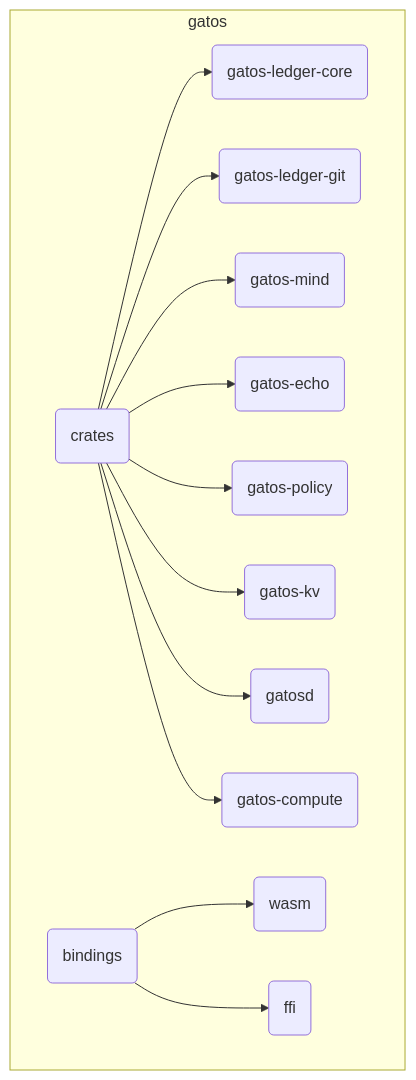
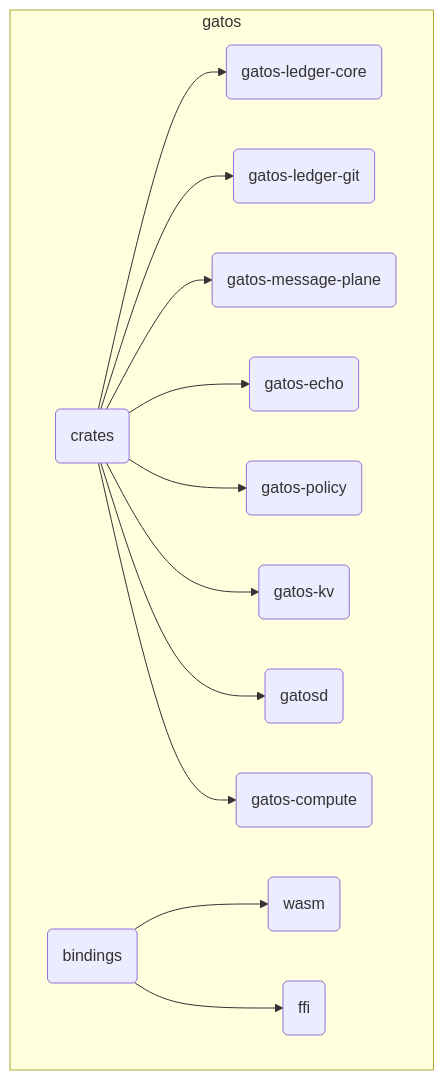
The first of 15 diagrams in docs/TECH-SPEC.md (flyingrobots/gatos), drawn with Mermaid before and after one commit. The commit also changed other lines of this file and 48 other files, not shown here.

````diff
--- a/docs/TECH-SPEC.md
+++ b/docs/TECH-SPEC.md
@@ -73,15 +73,15 @@
 ```mermaid
 graph TD
     subgraph gatos
         A(crates) --> A1(gatos-ledger-core)
         A --> A2(gatos-ledger-git)
-        A --> A3(gatos-mind)
+        A --> A3(gatos-message-plane)
         A --> A4(gatos-echo)
         A --> A5(gatos-policy)
         A --> A6(gatos-kv)
         A --> A7(gatosd)
         A --> A8(gatos-compute)
         B(bindings) --> B1(wasm)
         B --> B2(ffi)
     end
 ```
````
